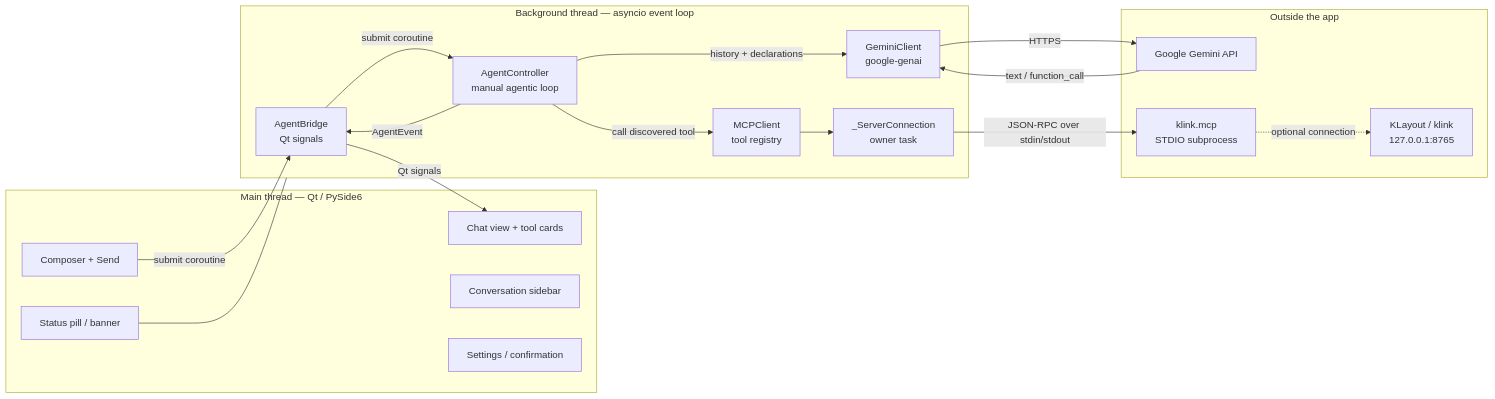
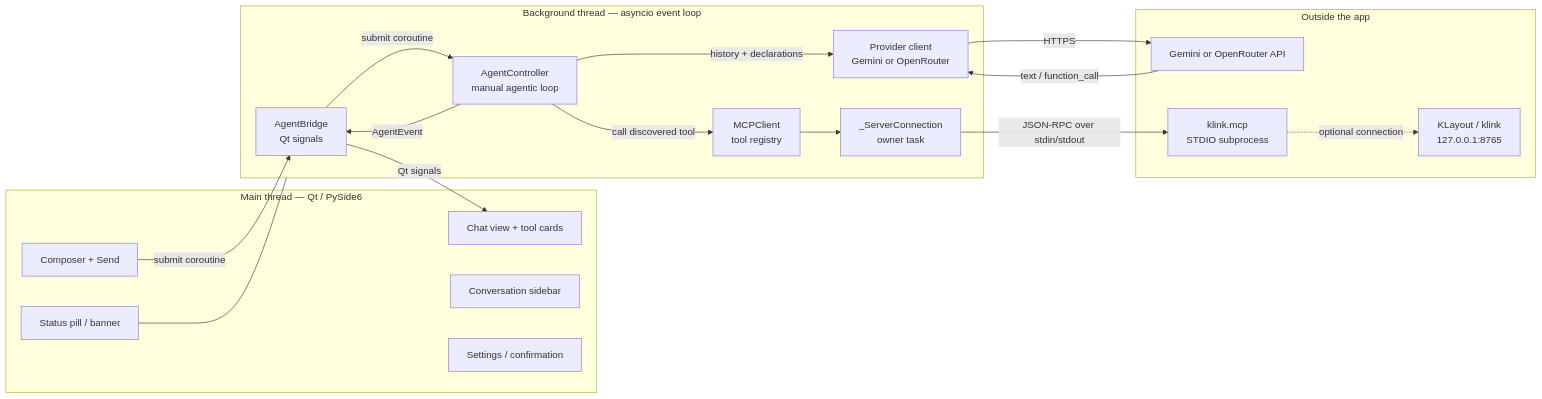
The diagram in drc-harness/docs/README.md (youssofhossam/autodrc), drawn with Mermaid before and after one commit. The commit also changed other lines of this file and 24 other files, not shown here.

````diff
--- a/drc-harness/docs/README.md
+++ b/drc-harness/docs/README.md
@@ -36,37 +40,37 @@
 ```mermaid
 flowchart LR
     subgraph GUI["Main thread — Qt / PySide6"]
         Chat["Chat view + tool cards"]
         Sidebar["Conversation sidebar"]
         Input["Composer + Send"]
         Status["Status pill / banner"]
         Dialogs["Settings / confirmation"]
     end
 
     subgraph Worker["Background thread — asyncio event loop"]
         Bridge["AgentBridge<br/>Qt signals"]
         Agent["AgentController<br/>manual agentic loop"]
-        LLM["GeminiClient<br/>google-genai"]
+        LLM["Provider client<br/>Gemini or OpenRouter"]
         MCP["MCPClient<br/>tool registry"]
         Conn["_ServerConnection<br/>owner task"]
     end
 
     subgraph External["Outside the app"]
-        Gemini["Google Gemini API"]
+        Gemini["Gemini or OpenRouter API"]
         Server["klink.mcp<br/>STDIO subprocess"]
         KLayout["KLayout / klink<br/>127.0.0.1:8765"]
     end
 
     Input -->|submit coroutine| Bridge
     Bridge -->|submit coroutine| Agent
     Agent -->|history + declarations| LLM
     LLM -->|HTTPS| Gemini
     Gemini -->|text / function_call| LLM
     Agent -->|call discovered tool| MCP
     MCP --> Conn
     Conn -->|JSON-RPC over stdin/stdout| Server
     Server -.->|optional connection| KLayout
     Agent -->|AgentEvent| Bridge
     Bridge -->|Qt signals| Chat
     Status --- Worker
 ```
````
